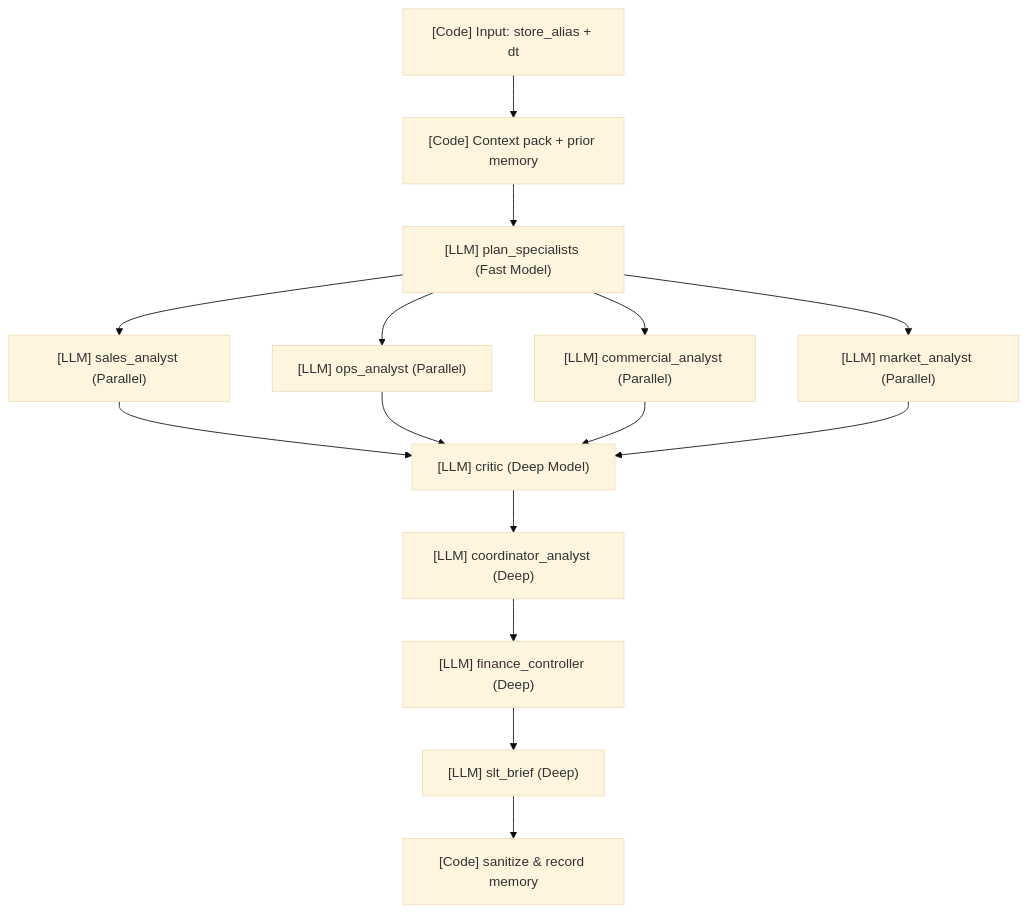
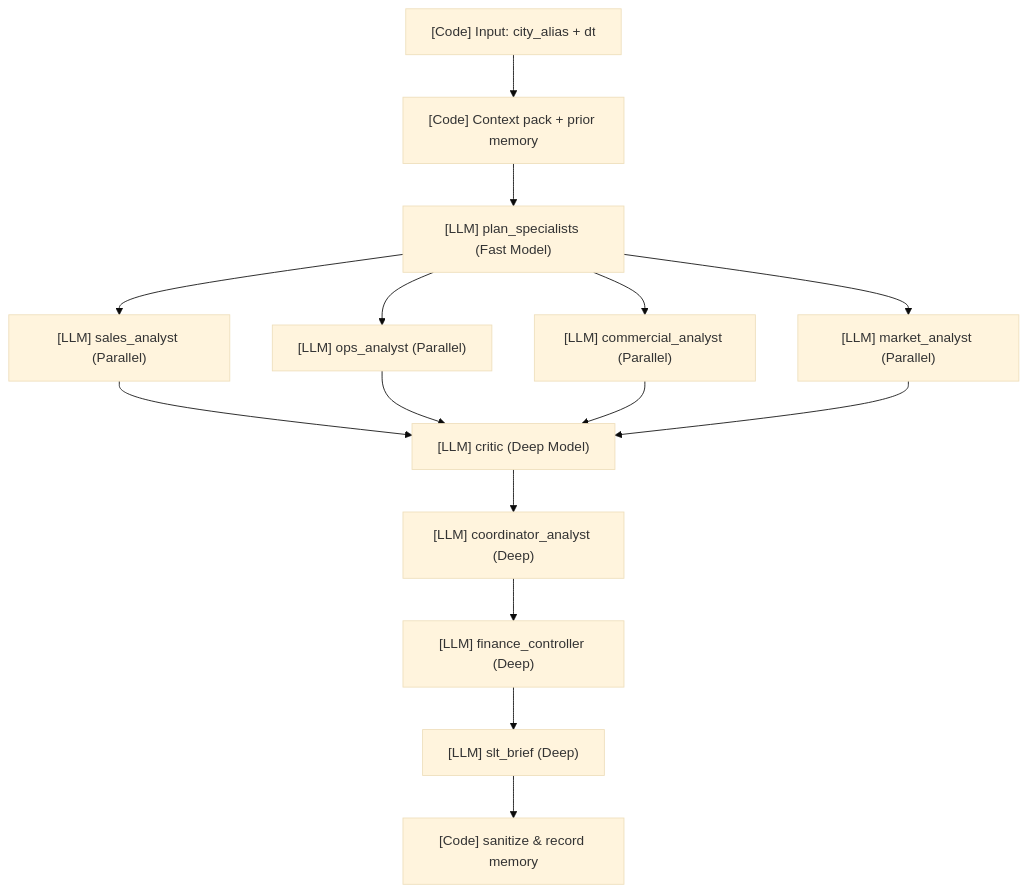
The diagram in README.md (chiaweiwoo/retail-insight-agent), drawn with Mermaid (base theme) before and after one commit. The commit also changed other lines of this file and 48 other files, not shown here.

````diff
--- a/README.md
+++ b/README.md
@@ -9,14 +9,14 @@
 ```mermaid
 flowchart TD
-    A["[Code] Input: store_alias + dt"] --> B["[Code] Context pack + prior memory"]
+    A["[Code] Input: city_alias + dt"] --> B["[Code] Context pack + prior memory"]
     B --> C["[LLM] plan_specialists (Fast Model)"]
     C --> D["[LLM] sales_analyst (Parallel)"]
     C --> E["[LLM] ops_analyst (Parallel)"]
     C --> F["[LLM] commercial_analyst (Parallel)"]
     C --> G["[LLM] market_analyst (Parallel)"]
     D & E & F & G --> I["[LLM] critic (Deep Model)"]
     I --> J["[LLM] coordinator_analyst (Deep)"]
     J --> K["[LLM] finance_controller (Deep)"]
     K --> L["[LLM] slt_brief (Deep)"]
     L --> M["[Code] sanitize & record memory"]
 ```
````
